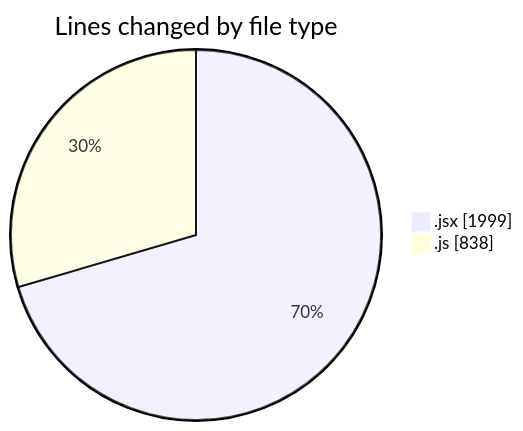
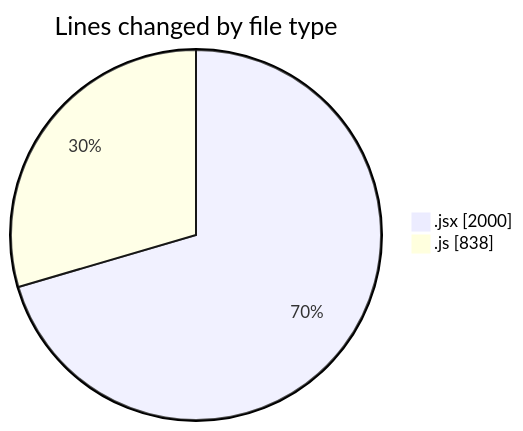
The first of 2 diagrams in 2025-09-21/nxtqube_webapp/README.md (nxtqubesakshisongat/code-tracking), drawn with Mermaid before and after one commit. The commit also changed other lines of this file and 1 other file, not shown here.

````diff
--- a/2025-09-21/nxtqube_webapp/README.md
+++ b/2025-09-21/nxtqube_webapp/README.md
@@ -22,6 +22,6 @@
 ```mermaid
 pie showData
 title Lines changed by file type
-".jsx" : 1999
+".jsx" : 2000
 ".js" : 838
 ```
````
